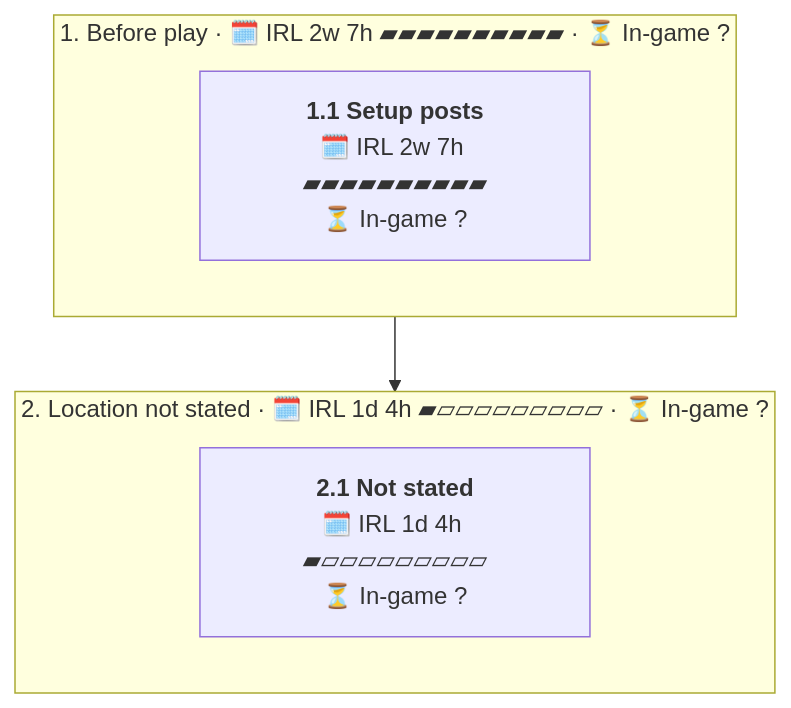
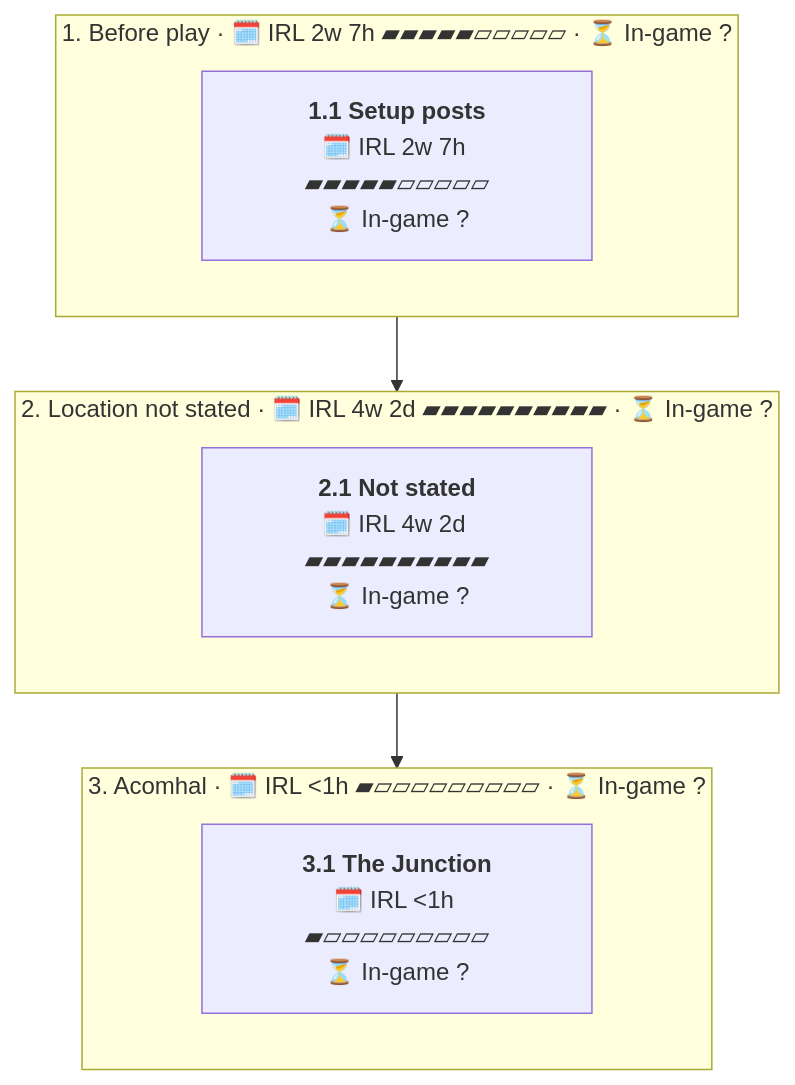
One commit to LewisIsWorking/PathWarsWiki changed the diagram in Writerside/topics/Other-campaigns/C10-The-Junction-Timeline.md. Above: the diagram before and after it, drawn with Mermaid. The commit also changed other lines of this file and 15 other files, not shown here.

First line of the commit message:
Timelines: September and October for every active campaign (cloud backend)

````diff
--- a/Writerside/topics/Other-campaigns/C10-The-Junction-Timeline.md
+++ b/Writerside/topics/Other-campaigns/C10-The-Junction-Timeline.md
@@ -8,12 +8,17 @@
 ```mermaid
 flowchart TD
-    subgraph a0["1. Before play · 🗓️ IRL 2w 7h ▰▰▰▰▰▰▰▰▰▰ · ⏳ In-game ?"]
+    subgraph a0["1. Before play · 🗓️ IRL 2w 7h ▰▰▰▰▰▱▱▱▱▱ · ⏳ In-game ?"]
     direction TB
-        v0["<b>1.1 Setup posts</b><br/>🗓️ IRL 2w 7h ▰▰▰▰▰▰▰▰▰▰<br/>⏳ In-game ?"]
+        v0["<b>1.1 Setup posts</b><br/>🗓️ IRL 2w 7h ▰▰▰▰▰▱▱▱▱▱<br/>⏳ In-game ?"]
     end
-    subgraph a1["2. Location not stated · 🗓️ IRL 1d 4h ▰▱▱▱▱▱▱▱▱▱ · ⏳ In-game ?"]
+    subgraph a1["2. Location not stated · 🗓️ IRL 4w 2d ▰▰▰▰▰▰▰▰▰▰ · ⏳ In-game ?"]
     direction TB
-        v1["<b>2.1 Not stated</b><br/>🗓️ IRL 1d 4h ▰▱▱▱▱▱▱▱▱▱<br/>⏳ In-game ?"]
+        v1["<b>2.1 Not stated</b><br/>🗓️ IRL 4w 2d ▰▰▰▰▰▰▰▰▰▰<br/>⏳ In-game ?"]
+    end
+    subgraph a2["3. Acomhal · 🗓️ IRL <1h ▰▱▱▱▱▱▱▱▱▱ · ⏳ In-game ?"]
+    direction TB
+        v2["<b>3.1 The Junction</b><br/>🗓️ IRL <1h ▰▱▱▱▱▱▱▱▱▱<br/>⏳ In-game ?"]
     end
     v0 --> v1
+    v1 --> v2
 ```
````
